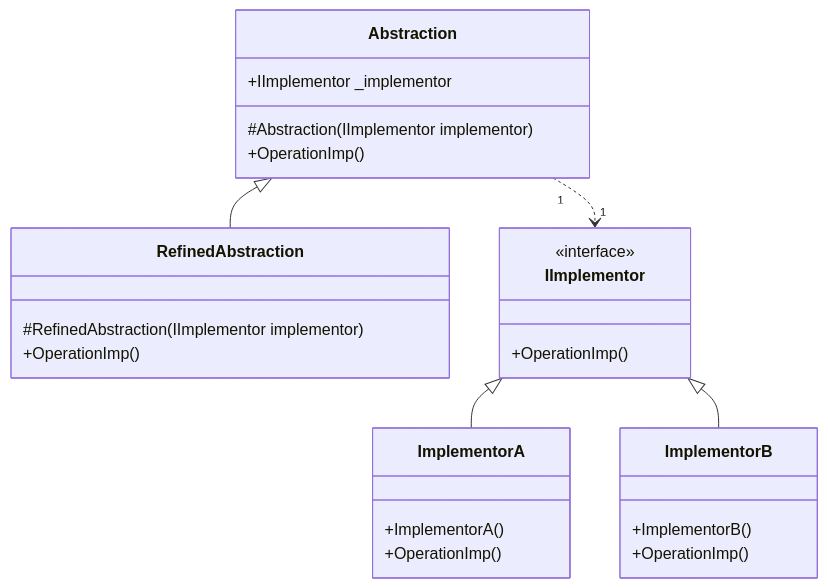
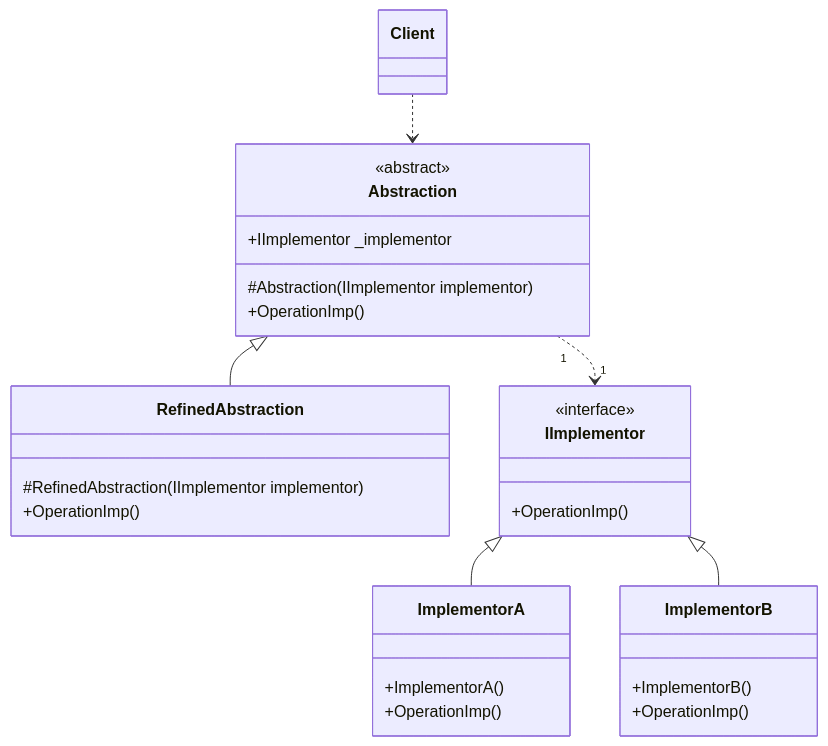
Before and after one commit to thunderstormwang/CodingNote: the diagram in design_pattern/bridge.md, drawn with Mermaid. The commit also changed other lines of this file and 20 other files, not shown here.

````diff
--- a/design_pattern/bridge.md
+++ b/design_pattern/bridge.md
@@ -6,29 +18,32 @@
 ```mermaid
 classDiagram
+class Client
 class Abstraction {
+    <<abstract>>
     +IImplementor _implementor
     #Abstraction(IImplementor implementor)
     +OperationImp()
 }
 class RefinedAbstraction {
     #RefinedAbstraction(IImplementor implementor)
     +OperationImp()
 }
 class IImplementor {
     <<interface>>
     +OperationImp()
 }
 class ImplementorA {
     +ImplementorA()
     +OperationImp()
 }
 class ImplementorB {
     +ImplementorB()
     +OperationImp()
 }
 
+Client ..> Abstraction
 Abstraction <|-- RefinedAbstraction
 Abstraction "1"..> "1" IImplementor
 IImplementor <|-- ImplementorA
 IImplementor <|-- ImplementorB
 ```
````
